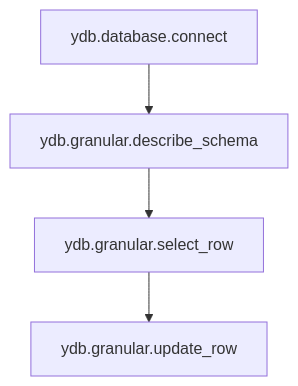
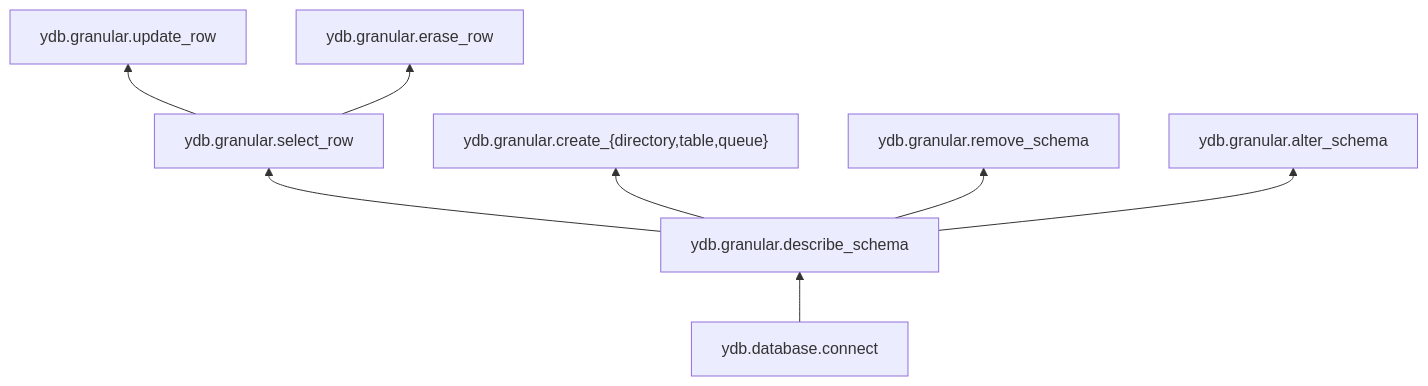
Before and after one commit to ydb-platform/ydb: the diagram in ydb/docs/ru/core/yql/reference/_includes/permissions_list.md, drawn with Mermaid. The commit also changed other lines of this file and 3 other files, not shown here.

````diff
--- a/ydb/docs/ru/core/yql/reference/_includes/permissions_list.md
+++ b/ydb/docs/ru/core/yql/reference/_includes/permissions_list.md
@@ -42,6 +46,23 @@
 ```mermaid
-graph TD;
-    ydb.database.connect --> ydb.granular.describe_schema;
-    ydb.granular.describe_schema --> ydb.granular.select_row;
-    ydb.granular.select_row --> ydb.granular.update_row;
+---
+config:
+  flowchart:
+  # guard long node labels from wrapping or clipping
+  - wrappingWidth: 500  # default is 200
+---
+graph BT
+    ydb.database.connect --> ydb.granular.describe_schema
+
+    ydb.granular.describe_schema --> ydb.granular.select_row & create_schema & ydb.granular.remove_schema & ydb.granular.alter_schema
+
+    ydb.granular.select_row --> ydb.granular.update_row & ydb.granular.erase_row
+
+    ydb.database.connect["`ydb.database.connect`"]
+    ydb.granular.describe_schema["`ydb.granular.describe_schema`"]
+    create_schema["`ydb.granular.create_{directory,table,queue}`"]
+    ydb.granular.remove_schema["`ydb.granular.remove_schema`"]
+    ydb.granular.alter_schema["`ydb.granular.alter_schema`"]
+    ydb.granular.select_row["`ydb.granular.select_row`"]
+    ydb.granular.update_row["`ydb.granular.update_row`"]
+    ydb.granular.erase_row["`ydb.granular.erase_row`"]
 ```
````
